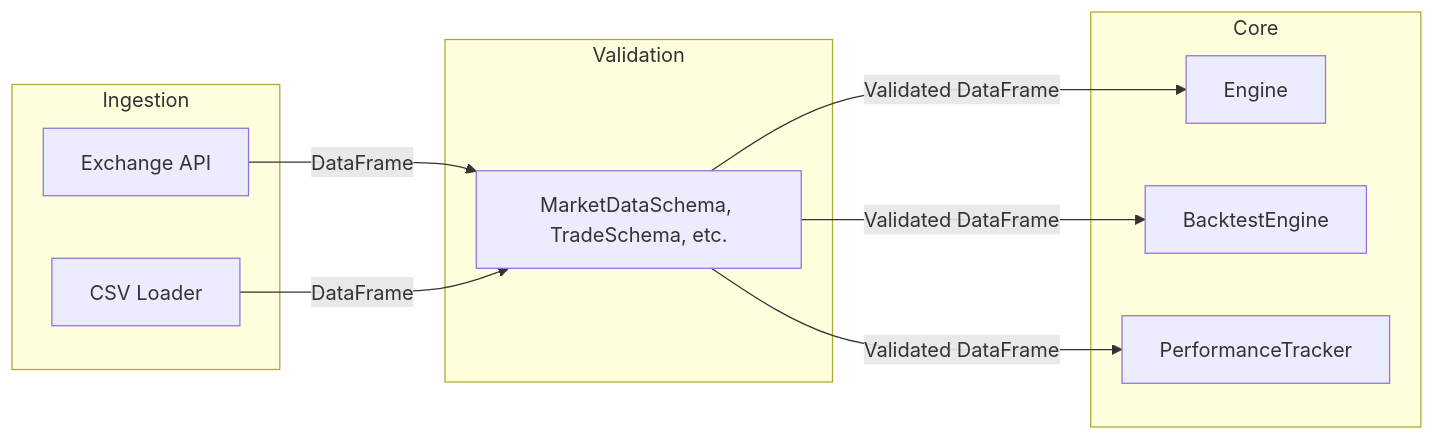
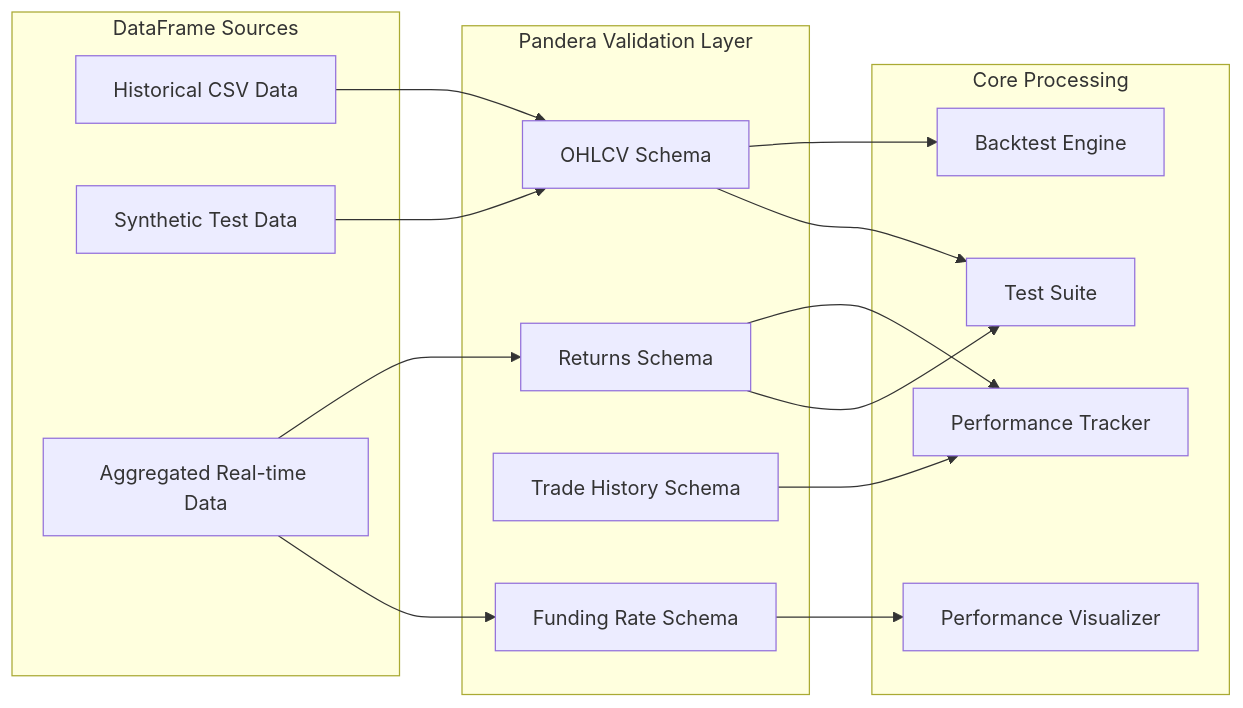
Before and after one commit to plataplomo/hummingbot: the second of 3 diagrams in workflow/pandera.md, drawn with Mermaid. The commit also changed other lines of this file and 58 other files, not shown here.

First line of the commit message:
feat: Add comprehensive analysis and recommendations for time fixture refactor in CyberDeltaEngine

````diff
--- a/workflow/pandera.md
+++ b/workflow/pandera.md
@@ -105,21 +289,35 @@
 ```mermaid
-graph LR
-    subgraph Ingestion
-        API[Exchange API]
-        CSV[CSV Loader]
+flowchart LR
+    subgraph "DataFrame Sources"
+        CSV[Historical CSV Data]
+        Synthetic[Synthetic Test Data]
+        Aggregated[Aggregated Real-time Data]
     end
-    subgraph Validation
-        PanderaSchema[MarketDataSchema, TradeSchema, etc.]
+    
+    subgraph "Pandera Validation Layer"
+        OHLCV[OHLCV Schema]
+        Returns[Returns Schema] 
+        Trades[Trade History Schema]
+        Funding[Funding Rate Schema]
     end
-    subgraph Core
-        Engine
-        BacktestEngine
-        PerformanceTracker
+    
+    subgraph "Core Processing"
+        BacktestEngine[Backtest Engine]
+        PerformanceTracker[Performance Tracker]
+        Visualizer[Performance Visualizer]
+        TestSuite[Test Suite]
     end
-
-    API -- DataFrame --> PanderaSchema
-    CSV -- DataFrame --> PanderaSchema
-    PanderaSchema -- Validated DataFrame --> Engine
-    PanderaSchema -- Validated DataFrame --> BacktestEngine
-    PanderaSchema -- Validated DataFrame --> PerformanceTracker
+    
+    CSV --> OHLCV
+    Synthetic --> OHLCV
+    Aggregated --> Returns
+    Aggregated --> Funding
+    
+    OHLCV --> BacktestEngine
+    Returns --> PerformanceTracker
+    Trades --> PerformanceTracker
+    Funding --> Visualizer
+    
+    OHLCV --> TestSuite
+    Returns --> TestSuite
 ```
````
